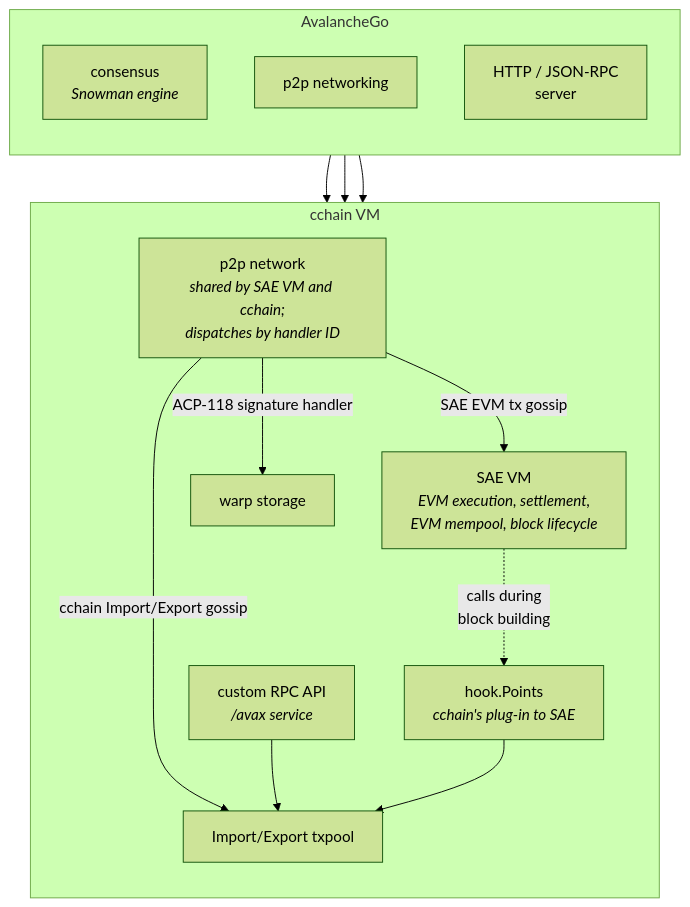
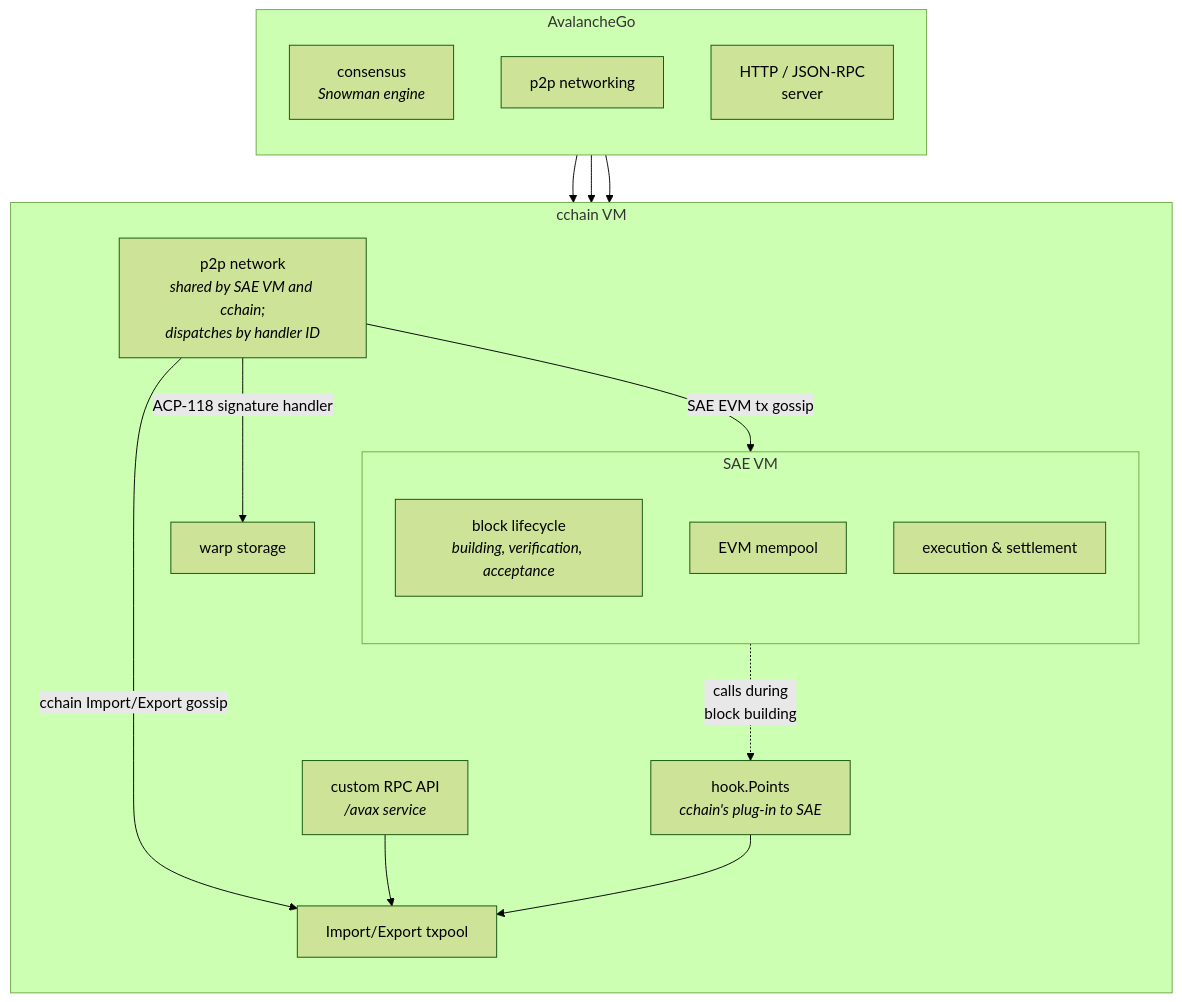
The first of 4 diagrams in vms/saevm/cchain/README.md (ava-labs/avalanchego), drawn with Mermaid (forest theme) before and after one commit.

````diff
--- a/vms/saevm/cchain/README.md
+++ b/vms/saevm/cchain/README.md
@@ -7,32 +7,39 @@
 ```mermaid
 flowchart TB
     subgraph avago["AvalancheGo"]
         direction TB
         consensus["consensus<br/><i>Snowman engine</i>"]
         p2pin["p2p networking"]
         httpd["HTTP / JSON-RPC<br/>server"]
     end
 
     subgraph cchainvm["cchain VM"]
         direction TB
-        sae["SAE VM<br/><i>EVM execution, settlement,<br/>EVM mempool, block lifecycle</i>"]
+
+        subgraph saevm["SAE VM"]
+            direction TB
+            sae_lifecycle["block lifecycle<br/><i>building, verification, acceptance</i>"]
+            sae_mempool["EVM mempool"]
+            sae_exec["execution &amp; settlement"]
+        end
+
         p2pcomp["p2p network<br/><i>shared by SAE VM and cchain;<br/>dispatches by handler ID</i>"]
         rpcapi["custom RPC API<br/><i>/avax service</i>"]
         txpool["Import/Export txpool"]
         warp["warp storage"]
         hook["hook.Points<br/><i>cchain's plug-in to SAE</i>"]
     end
 
-    consensus --> sae
+    consensus --> sae_lifecycle
     p2pin --> p2pcomp
     httpd --> rpcapi
 
-    p2pcomp -->|"SAE EVM tx gossip"| sae
+    p2pcomp -->|"SAE EVM tx gossip"| sae_mempool
     p2pcomp -->|"cchain Import/Export gossip"| txpool
     p2pcomp -->|"ACP-118 signature handler"| warp
 
     rpcapi --> txpool
 
-    sae -.->|"calls during<br/>block building"| hook
+    sae_lifecycle -.->|"calls during<br/>block building"| hook
     hook --> txpool
 ```
````
